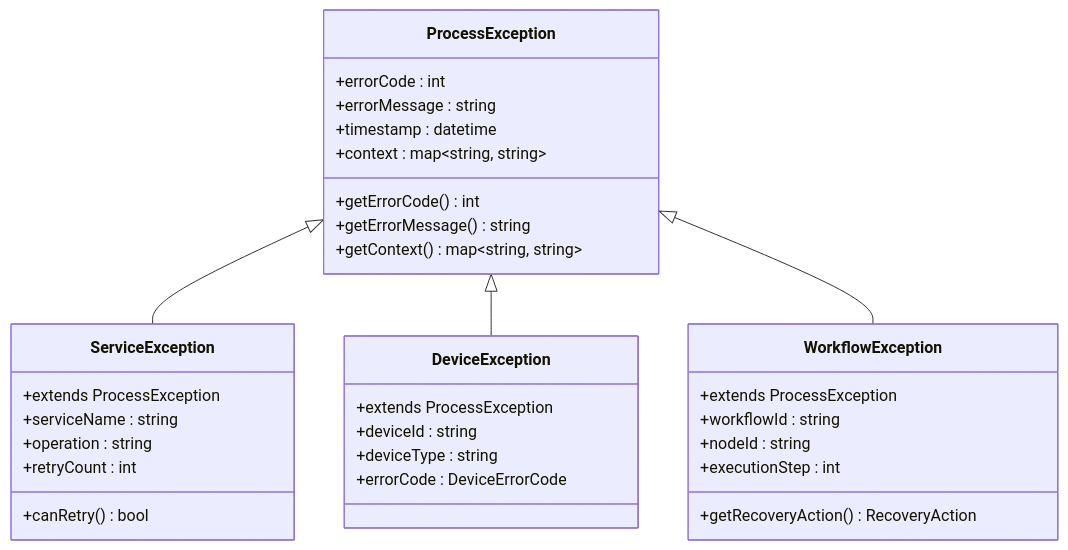
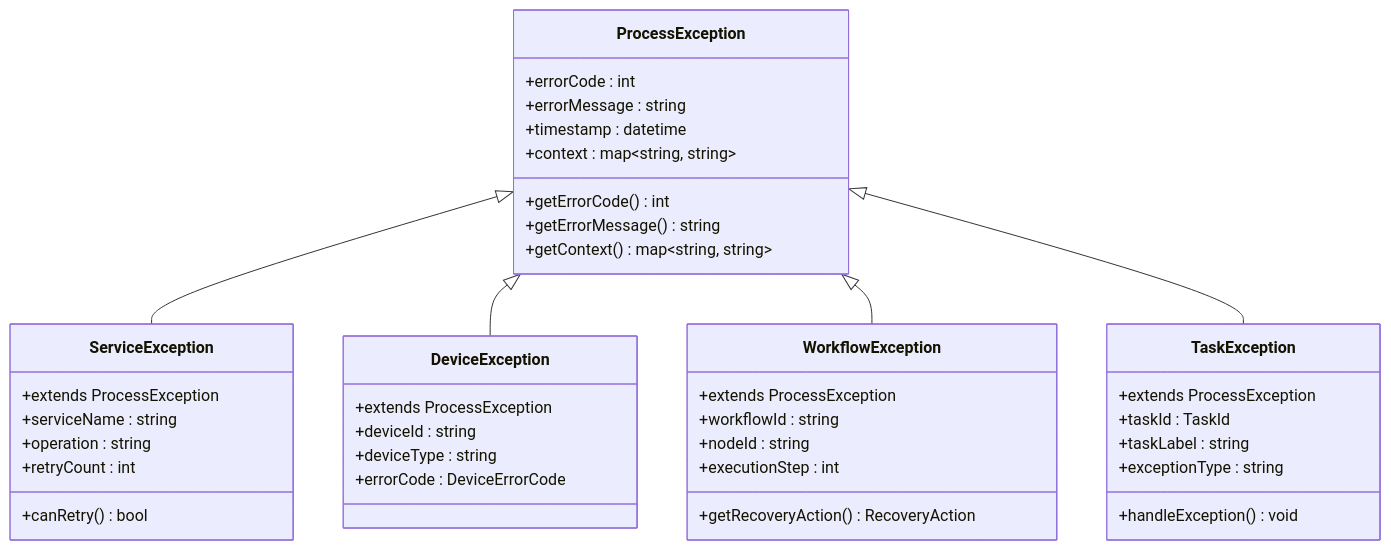
One commit to super1wang/LaserCNCv1.0 changed diagram 17 of 18 in .qoder/repowiki/zh/content/项目概述/模块设计/Process模块设计/Process模块服务管理架构改进.md. Above: the diagram before and after it, drawn with Mermaid. The commit also changed other lines of this file and 159 other files, not shown here.

````diff
--- a/.qoder/repowiki/zh/content/项目概述/模块设计/Process模块设计/Process模块服务管理架构改进.md
+++ b/.qoder/repowiki/zh/content/项目概述/模块设计/Process模块设计/Process模块服务管理架构改进.md
@@ -679,35 +909,43 @@
 ```mermaid
 classDiagram
 class ProcessException {
 +errorCode : int
 +errorMessage : string
 +timestamp : datetime
 +context : map~string, string~
 +getErrorCode() int
 +getErrorMessage() string
 +getContext() map~string, string~
 }
 class ServiceException {
 +extends ProcessException
 +serviceName : string
 +operation : string
 +retryCount : int
 +canRetry() bool
 }
 class DeviceException {
 +extends ProcessException
 +deviceId : string
 +deviceType : string
 +errorCode : DeviceErrorCode
 }
 class WorkflowException {
 +extends ProcessException
 +workflowId : string
 +nodeId : string
 +executionStep : int
 +getRecoveryAction() RecoveryAction
 }
+class TaskException {
++extends ProcessException
++taskId : TaskId
++taskLabel : string
++exceptionType : string
++handleException() void
+}
 ProcessException <|-- ServiceException
 ProcessException <|-- DeviceException
 ProcessException <|-- WorkflowException
+ProcessException <|-- TaskException
 ```
````
